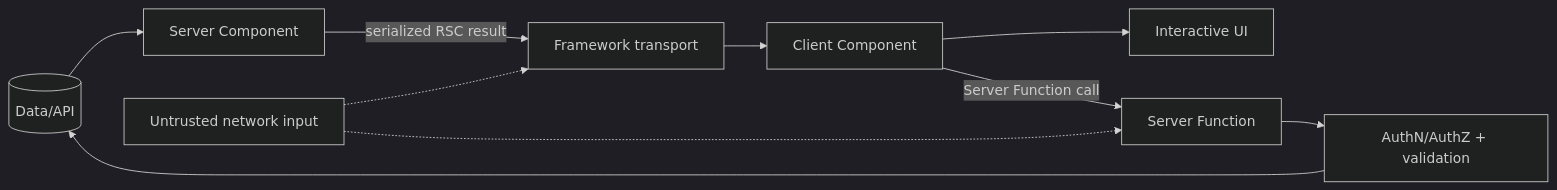
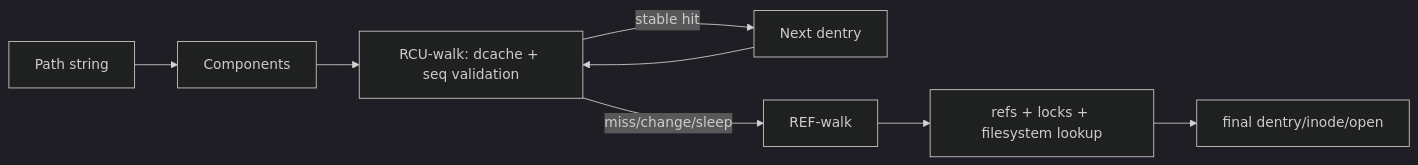
One commit to cebrailbagatarhan/software-engineering-interview-roadmap changed the first of 2 diagrams in daily/2026-09-22/23-00.md. Above: the diagram before and after it, drawn with Mermaid (dark theme). The commit also changed other lines of this file, not shown here.

Commit message:
Deduplicate 23:00 packages and cover filesystem/testing gaps

````diff
--- a/daily/2026-09-22/23-00.md
+++ b/daily/2026-09-22/23-00.md
@@ -79,12 +14,10 @@
 ```mermaid
 flowchart LR
-  DB[(Data/API)] --> SC[Server Component]
-  SC -->|serialized RSC result| FW[Framework transport]
-  FW --> CC[Client Component]
-  CC --> DOM[Interactive UI]
-  CC -->|Server Function call| SF[Server Function]
-  SF --> AUTH[AuthN/AuthZ + validation]
-  AUTH --> DB
-  X[Untrusted network input] -.-> FW
-  X -.-> SF
+  P[Path string] --> C[Components]
+  C --> R[RCU-walk: dcache + seq validation]
+  R -->|stable hit| N[Next dentry]
+  N --> R
+  R -->|miss/change/sleep| F[REF-walk]
+  F --> L[refs + locks + filesystem lookup]
+  L --> X[final dentry/inode/open]
 ```
````
